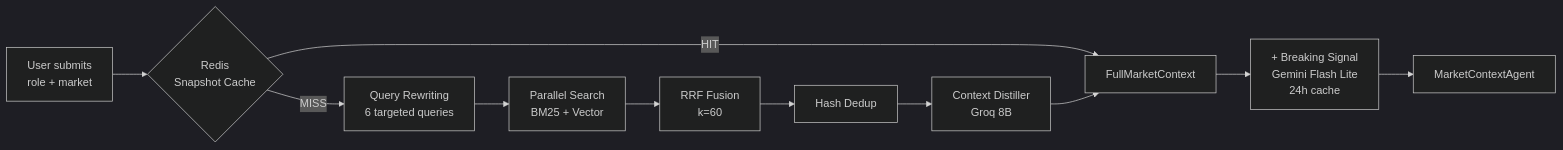
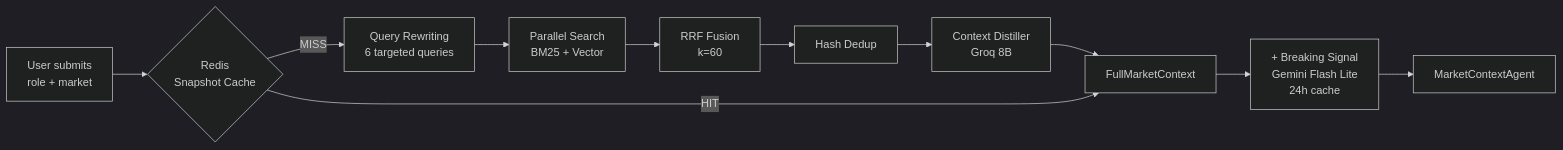
Before and after one commit to Sarv2024aimlco/roast: the second of 4 diagrams in README.md, drawn with Mermaid (dark theme). The commit also changed other lines of this file and 3 other files, not shown here.

````diff
--- a/README.md
+++ b/README.md
@@ -78,13 +78,13 @@
 ```mermaid
 flowchart LR
     A[User submits\nrole + market] --> B{Redis\nSnapshot Cache}
-    B -->|HIT| F
     B -->|MISS| C[Query Rewriting\n6 targeted queries]
     C --> D[Parallel Search\nBM25 + Vector]
     D --> E[RRF Fusion\nk=60]
     E --> E2[Hash Dedup]
     E2 --> E3[Context Distiller\nGroq 8B]
     E3 --> F[FullMarketContext]
+    B -->|HIT| F
     F --> G[+ Breaking Signal\nGemini Flash Lite\n24h cache]
     G --> H[MarketContextAgent]
 ```
````
